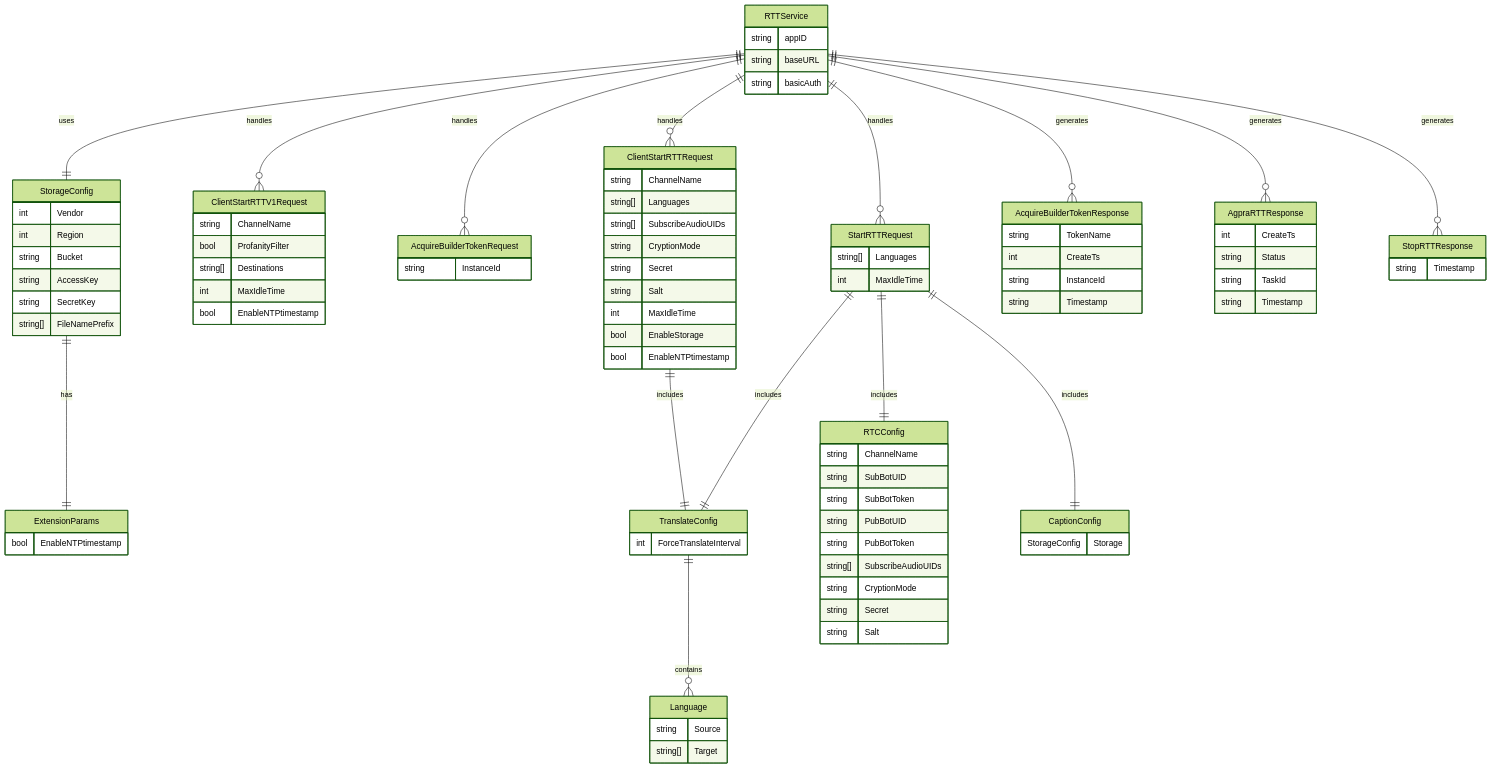
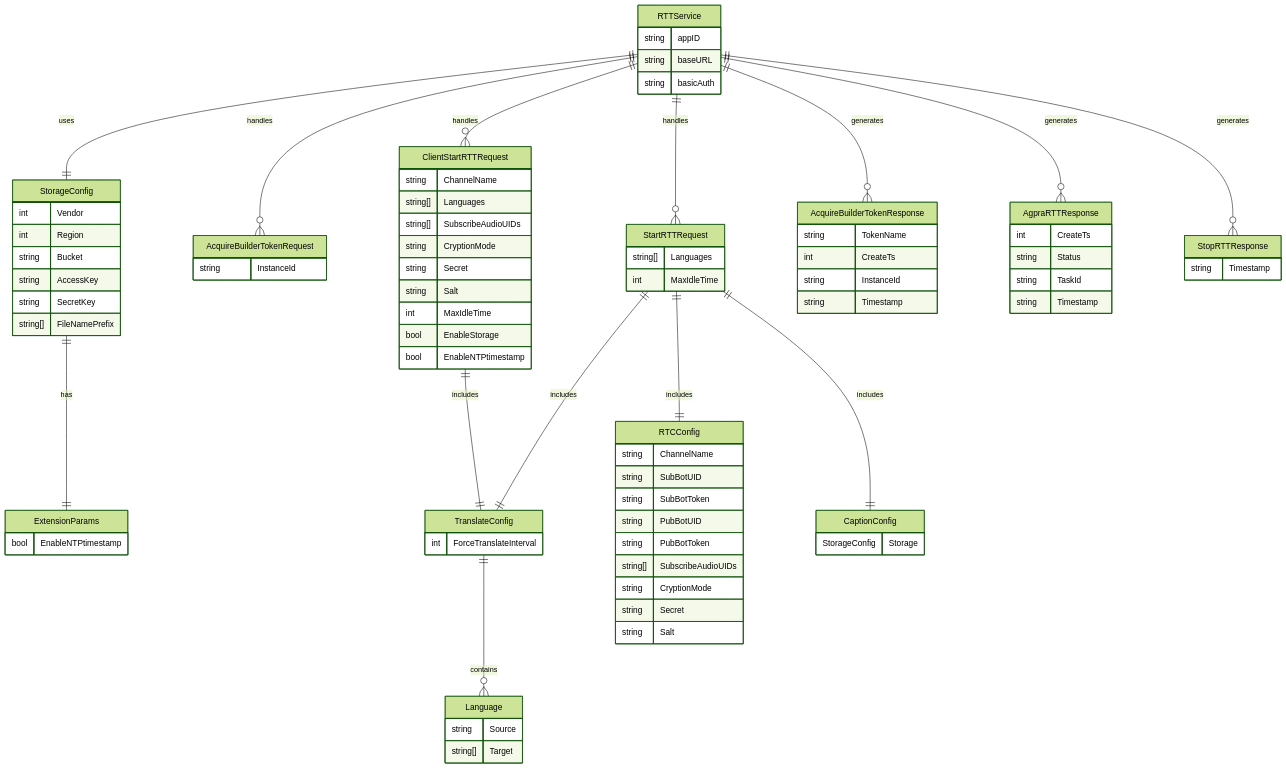
The diagram in DOCS/Architectures/Real_Time_Transcription_Entity.md (AgoraIO-Community/agora-go-backend-middleware), drawn with Mermaid (forest theme) before and after one commit. The commit also changed 1 other file, not shown here.

Commit message:
removed unused struct

````diff
--- a/DOCS/Architectures/Real_Time_Transcription_Entity.md
+++ b/DOCS/Architectures/Real_Time_Transcription_Entity.md
@@ -3,7 +3,6 @@
 ```mermaid
 erDiagram
     RTTService ||--o{ ClientStartRTTRequest : handles
-    RTTService ||--o{ ClientStartRTTV1Request : handles
     RTTService ||--o{ AcquireBuilderTokenRequest : handles
     RTTService ||--o{ StartRTTRequest : handles
     RTTService {
@@ -38,14 +37,6 @@
         bool EnableNTPtimestamp
     }
     ClientStartRTTRequest ||--|| TranslateConfig : includes
-
-    ClientStartRTTV1Request {
-        string ChannelName
-        bool ProfanityFilter
-        string[] Destinations
-        int MaxIdleTime
-        bool EnableNTPtimestamp
-    }
 
     AcquireBuilderTokenRequest {
         string InstanceId
````
